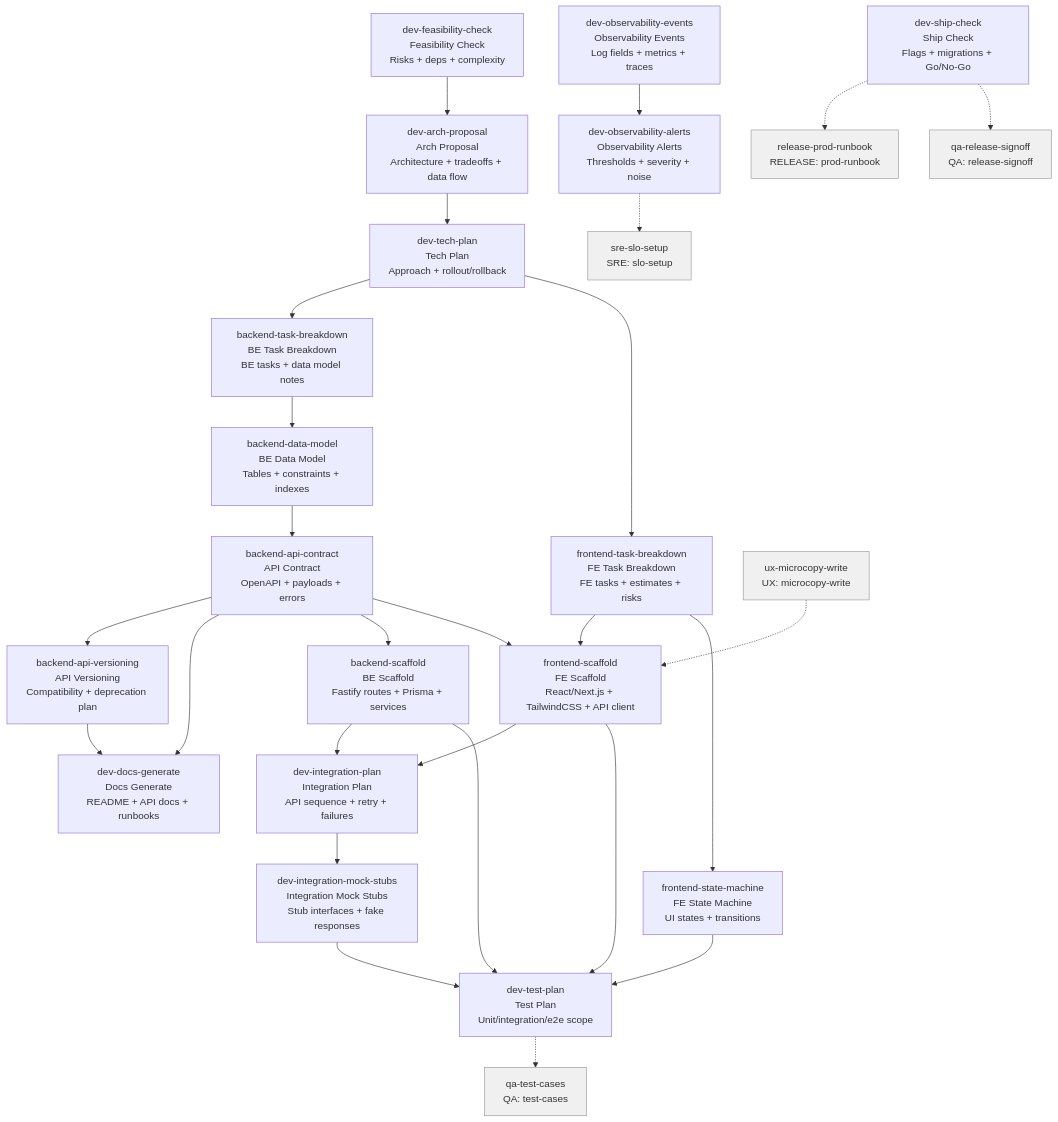
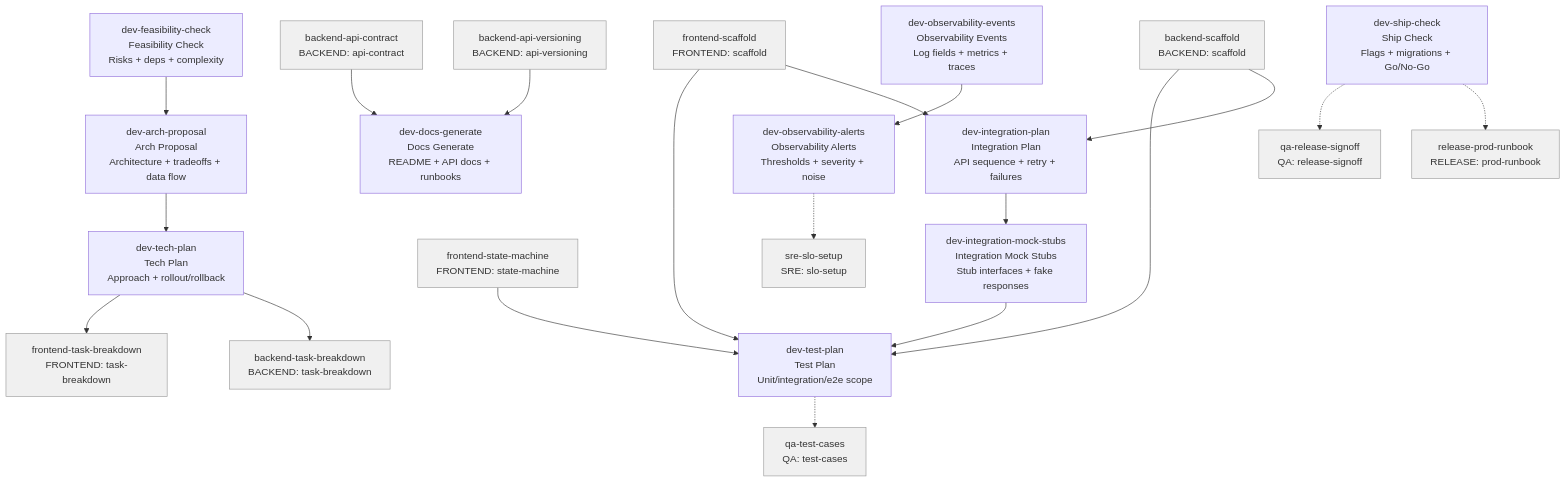
The diagram in docs/roadmap/tasks/role-skills/dev.md (parhumm/jaan-to), drawn with Mermaid before and after one commit. The commit also changed other lines of this file and 3 other files, not shown here.

First line of the commit message:
refactor(roadmap): split frontend/backend skills out of dev.md

````diff
--- a/docs/roadmap/tasks/role-skills/dev.md
+++ b/docs/roadmap/tasks/role-skills/dev.md
@@ -14,35 +14,33 @@
 ```mermaid
 flowchart TD
     jaan-to-dev-feasibility-check["dev-feasibility-check<br>Feasibility Check<br>Risks + deps + complexity"] --> jaan-to-dev-arch-proposal["dev-arch-proposal<br>Arch Proposal<br>Architecture + tradeoffs + data flow"]
     jaan-to-dev-arch-proposal["dev-arch-proposal<br>Arch Proposal<br>Architecture + tradeoffs + data flow"] --> jaan-to-dev-tech-plan["dev-tech-plan<br>Tech Plan<br>Approach + rollout/rollback"]
-    jaan-to-dev-tech-plan["dev-tech-plan<br>Tech Plan<br>Approach + rollout/rollback"] --> backend-task-breakdown["backend-task-breakdown<br>BE Task Breakdown<br>BE tasks + data model notes"]
-    jaan-to-dev-tech-plan["dev-tech-plan<br>Tech Plan<br>Approach + rollout/rollback"] --> frontend-task-breakdown["frontend-task-breakdown<br>FE Task Breakdown<br>FE tasks + estimates + risks"]
-    backend-task-breakdown["backend-task-breakdown<br>BE Task Breakdown<br>BE tasks + data model notes"] --> jaan-to-backend-data-model["backend-data-model<br>BE Data Model<br>Tables + constraints + indexes"]
-    jaan-to-backend-data-model["backend-data-model<br>BE Data Model<br>Tables + constraints + indexes"] --> jaan-to-backend-api-contract["backend-api-contract<br>API Contract<br>OpenAPI + payloads + errors"]
-    jaan-to-backend-api-contract["backend-api-contract<br>API Contract<br>OpenAPI + payloads + errors"] --> jaan-to-backend-api-versioning["backend-api-versioning<br>API Versioning<br>Compatibility + deprecation plan"]
-    jaan-to-backend-api-versioning["backend-api-versioning<br>API Versioning<br>Compatibility + deprecation plan"] --> jaan-to-dev-docs-generate["dev-docs-generate<br>Docs Generate<br>README + API docs + runbooks"]
-    jaan-to-backend-api-contract["backend-api-contract<br>API Contract<br>OpenAPI + payloads + errors"] --> jaan-to-dev-docs-generate["dev-docs-generate<br>Docs Generate<br>README + API docs + runbooks"]
-    jaan-to-backend-api-contract["backend-api-contract<br>API Contract<br>OpenAPI + payloads + errors"] --> jaan-to-backend-scaffold["backend-scaffold<br>BE Scaffold<br>Fastify routes + Prisma + services"]
-    jaan-to-backend-scaffold["backend-scaffold<br>BE Scaffold<br>Fastify routes + Prisma + services"] --> jaan-to-dev-integration-plan["dev-integration-plan<br>Integration Plan<br>API sequence + retry + failures"]
-    jaan-to-backend-scaffold["backend-scaffold<br>BE Scaffold<br>Fastify routes + Prisma + services"] --> jaan-to-dev-test-plan["dev-test-plan<br>Test Plan<br>Unit/integration/e2e scope"]
-    frontend-task-breakdown["frontend-task-breakdown<br>FE Task Breakdown<br>FE tasks + estimates + risks"] --> jaan-to-frontend-scaffold["frontend-scaffold<br>FE Scaffold<br>React/Next.js + TailwindCSS + API client"]
-    jaan-to-backend-api-contract["backend-api-contract<br>API Contract<br>OpenAPI + payloads + errors"] --> jaan-to-frontend-scaffold["frontend-scaffold<br>FE Scaffold<br>React/Next.js + TailwindCSS + API client"]
-    ux-microcopy-write["ux-microcopy-write<br>UX: microcopy-write"] -.-> jaan-to-frontend-scaffold["frontend-scaffold<br>FE Scaffold<br>React/Next.js + TailwindCSS + API client"]
-    jaan-to-frontend-scaffold["frontend-scaffold<br>FE Scaffold<br>React/Next.js + TailwindCSS + API client"] --> jaan-to-dev-integration-plan["dev-integration-plan<br>Integration Plan<br>API sequence + retry + failures"]
-    jaan-to-frontend-scaffold["frontend-scaffold<br>FE Scaffold<br>React/Next.js + TailwindCSS + API client"] --> jaan-to-dev-test-plan["dev-test-plan<br>Test Plan<br>Unit/integration/e2e scope"]
-    frontend-task-breakdown["frontend-task-breakdown<br>FE Task Breakdown<br>FE tasks + estimates + risks"] --> jaan-to-frontend-state-machine["frontend-state-machine<br>FE State Machine<br>UI states + transitions"]
-    jaan-to-frontend-state-machine["frontend-state-machine<br>FE State Machine<br>UI states + transitions"] --> jaan-to-dev-test-plan["dev-test-plan<br>Test Plan<br>Unit/integration/e2e scope"]
+    jaan-to-dev-tech-plan["dev-tech-plan<br>Tech Plan<br>Approach + rollout/rollback"] --> backend-task-breakdown["backend-task-breakdown<br>BACKEND: task-breakdown"]
+    jaan-to-dev-tech-plan["dev-tech-plan<br>Tech Plan<br>Approach + rollout/rollback"] --> frontend-task-breakdown["frontend-task-breakdown<br>FRONTEND: task-breakdown"]
+    jaan-to-backend-scaffold["backend-scaffold<br>BACKEND: scaffold"] --> jaan-to-dev-integration-plan["dev-integration-plan<br>Integration Plan<br>API sequence + retry + failures"]
+    jaan-to-frontend-scaffold["frontend-scaffold<br>FRONTEND: scaffold"] --> jaan-to-dev-integration-plan["dev-integration-plan<br>Integration Plan<br>API sequence + retry + failures"]
+    jaan-to-backend-scaffold["backend-scaffold<br>BACKEND: scaffold"] --> jaan-to-dev-test-plan["dev-test-plan<br>Test Plan<br>Unit/integration/e2e scope"]
+    jaan-to-frontend-scaffold["frontend-scaffold<br>FRONTEND: scaffold"] --> jaan-to-dev-test-plan["dev-test-plan<br>Test Plan<br>Unit/integration/e2e scope"]
+    jaan-to-frontend-state-machine["frontend-state-machine<br>FRONTEND: state-machine"] --> jaan-to-dev-test-plan["dev-test-plan<br>Test Plan<br>Unit/integration/e2e scope"]
     jaan-to-dev-integration-plan["dev-integration-plan<br>Integration Plan<br>API sequence + retry + failures"] --> jaan-to-dev-integration-mock-stubs["dev-integration-mock-stubs<br>Integration Mock Stubs<br>Stub interfaces + fake responses"]
     jaan-to-dev-integration-mock-stubs["dev-integration-mock-stubs<br>Integration Mock Stubs<br>Stub interfaces + fake responses"] --> jaan-to-dev-test-plan["dev-test-plan<br>Test Plan<br>Unit/integration/e2e scope"]
     jaan-to-dev-test-plan["dev-test-plan<br>Test Plan<br>Unit/integration/e2e scope"] -.-> qa-test-cases["qa-test-cases<br>QA: test-cases"]
+    jaan-to-backend-api-versioning["backend-api-versioning<br>BACKEND: api-versioning"] --> jaan-to-dev-docs-generate["dev-docs-generate<br>Docs Generate<br>README + API docs + runbooks"]
+    jaan-to-backend-api-contract["backend-api-contract<br>BACKEND: api-contract"] --> jaan-to-dev-docs-generate["dev-docs-generate<br>Docs Generate<br>README + API docs + runbooks"]
     jaan-to-dev-observability-events["dev-observability-events<br>Observability Events<br>Log fields + metrics + traces"] --> jaan-to-dev-observability-alerts["dev-observability-alerts<br>Observability Alerts<br>Thresholds + severity + noise"]
     jaan-to-dev-observability-alerts["dev-observability-alerts<br>Observability Alerts<br>Thresholds + severity + noise"] -.-> jaan-to-sre-slo-setup["sre-slo-setup<br>SRE: slo-setup"]
     jaan-to-dev-ship-check["dev-ship-check<br>Ship Check<br>Flags + migrations + Go/No-Go"] -.-> jaan-to-release-prod-runbook["release-prod-runbook<br>RELEASE: prod-runbook"]
     jaan-to-dev-ship-check["dev-ship-check<br>Ship Check<br>Flags + migrations + Go/No-Go"] -.-> jaan-to-qa-release-signoff["qa-release-signoff<br>QA: release-signoff"]
 
+    style backend-task-breakdown fill:#f0f0f0,stroke:#999
+    style frontend-task-breakdown fill:#f0f0f0,stroke:#999
+    style jaan-to-backend-scaffold fill:#f0f0f0,stroke:#999
+    style jaan-to-frontend-scaffold fill:#f0f0f0,stroke:#999
+    style jaan-to-frontend-state-machine fill:#f0f0f0,stroke:#999
+    style jaan-to-backend-api-versioning fill:#f0f0f0,stroke:#999
+    style jaan-to-backend-api-contract fill:#f0f0f0,stroke:#999
     style qa-test-cases fill:#f0f0f0,stroke:#999
-    style ux-microcopy-write fill:#f0f0f0,stroke:#999
     style jaan-to-sre-slo-setup fill:#f0f0f0,stroke:#999
     style jaan-to-release-prod-runbook fill:#f0f0f0,stroke:#999
     style jaan-to-qa-release-signoff fill:#f0f0f0,stroke:#999
 ```
````
